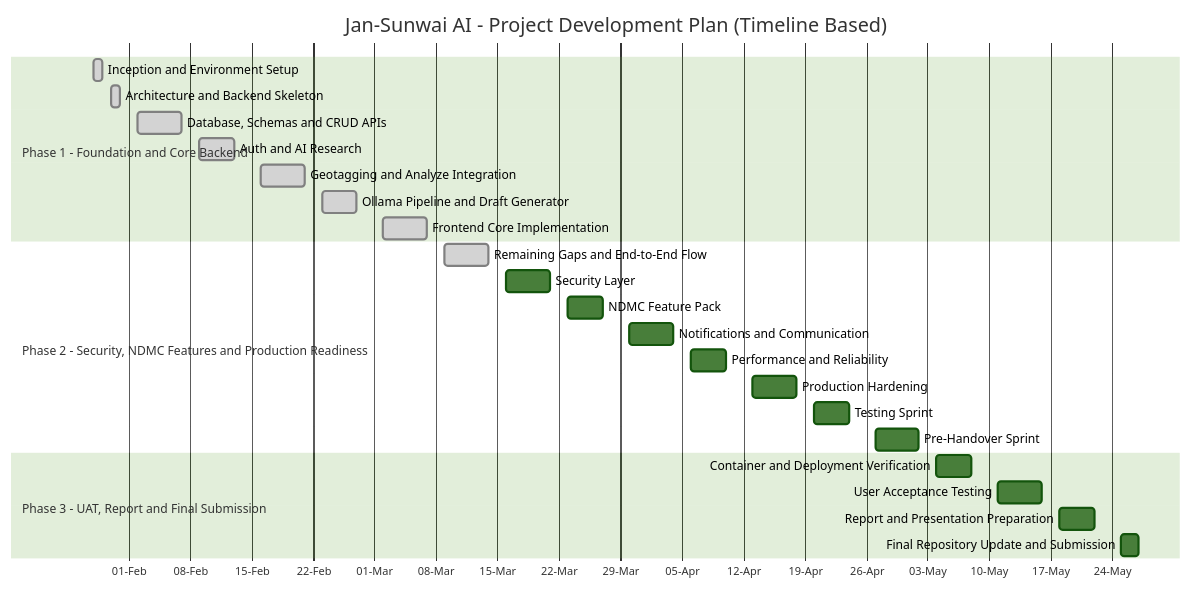
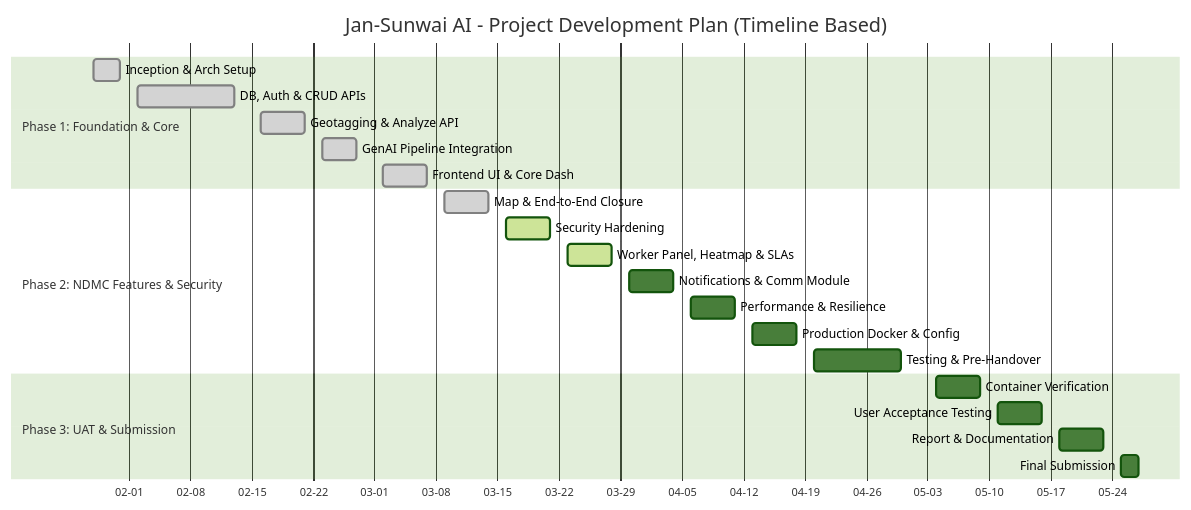
The diagram in docs/PROJECT_SYNOPSIS.md (ark5234/Jan-Sunwai-AI), drawn with Mermaid (forest theme) before and after one commit. The commit also changed 2 other files, not shown here.

Commit message:
docs: Update project reports and timelines with new sections, figures, tables, and appendices

````diff
--- a/docs/PROJECT_SYNOPSIS.md
+++ b/docs/PROJECT_SYNOPSIS.md
@@ -129,31 +129,28 @@
 ```mermaid
 gantt
-   title Jan-Sunwai AI - Project Development Plan (Timeline Based)
+    title Jan-Sunwai AI - Project Development Plan (Timeline Based)
     dateFormat  YYYY-MM-DD
-   axisFormat  %d-%b
+    axisFormat  %m-%d
 
-   section Phase 1 - Foundation and Core Backend
-   Inception and Environment Setup     :done, p1a, 2026-01-28, 2026-01-29
-   Architecture and Backend Skeleton   :done, p1b, 2026-01-30, 2026-01-31
-   Database, Schemas and CRUD APIs     :done, p1c, 2026-02-02, 2026-02-07
-   Auth and AI Research                :done, p1d, 2026-02-09, 2026-02-13
-   Geotagging and Analyze Integration  :done, p1e, 2026-02-16, 2026-02-21
-   Ollama Pipeline and Draft Generator :done, p1f, 2026-02-23, 2026-02-27
-   Frontend Core Implementation        :done, p1g, 2026-03-02, 2026-03-07
+    section Phase 1: Foundation & Core
+    Inception & Arch Setup      :done, ph1a, 2026-01-28, 2026-01-31
+    DB, Auth & CRUD APIs        :done, ph1b, 2026-02-02, 2026-02-13
+    Geotagging & Analyze API    :done, ph1c, 2026-02-16, 2026-02-21
+    GenAI Pipeline Integration  :done, ph1d, 2026-02-23, 2026-02-27
+    Frontend UI & Core Dash     :done, ph1e, 2026-03-02, 2026-03-07
 
-   section Phase 2 - Security, NDMC Features and Production Readiness
-   Remaining Gaps and End-to-End Flow  :done, p2a, 2026-03-09, 2026-03-14
-   Security Layer                      :p2b, 2026-03-16, 2026-03-21
-   NDMC Feature Pack                   :p2c, 2026-03-23, 2026-03-27
-   Notifications and Communication     :p2d, 2026-03-30, 2026-04-04
-   Performance and Reliability         :p2e, 2026-04-06, 2026-04-10
-   Production Hardening                :p2f, 2026-04-13, 2026-04-18
-   Testing Sprint                      :p2g, 2026-04-20, 2026-04-24
-   Pre-Handover Sprint                 :p2h, 2026-04-27, 2026-05-02
+    section Phase 2: NDMC Features & Security
+    Map & End-to-End Closure    :done, ph2a, 2026-03-09, 2026-03-14
+    Security Hardening          :active, ph2b, 2026-03-16, 2026-03-21
+    Worker Panel, Heatmap & SLAs:active, ph2c, 2026-03-23, 2026-03-28
+    Notifications & Comm Module :ph2d, 2026-03-30, 2026-04-04
+    Performance & Resilience    :ph2e, 2026-04-06, 2026-04-11
+    Production Docker & Config  :ph2f, 2026-04-13, 2026-04-18
+    Testing & Pre-Handover      :ph2g, 2026-04-20, 2026-04-30
 
-   section Phase 3 - UAT, Report and Final Submission
-   Container and Deployment Verification :p3a, 2026-05-04, 2026-05-08
-   User Acceptance Testing               :p3b, 2026-05-11, 2026-05-16
-   Report and Presentation Preparation   :p3c, 2026-05-18, 2026-05-22
-   Final Repository Update and Submission :p3d, 2026-05-25, 2026-05-27
+    section Phase 3: UAT & Submission
+    Container Verification      :ph3a, 2026-05-04, 2026-05-09
+    User Acceptance Testing     :ph3b, 2026-05-11, 2026-05-16
+    Report & Documentation      :ph3c, 2026-05-18, 2026-05-23
+    Final Submission            :ph3d, 2026-05-25, 2026-05-27
 ```
````
